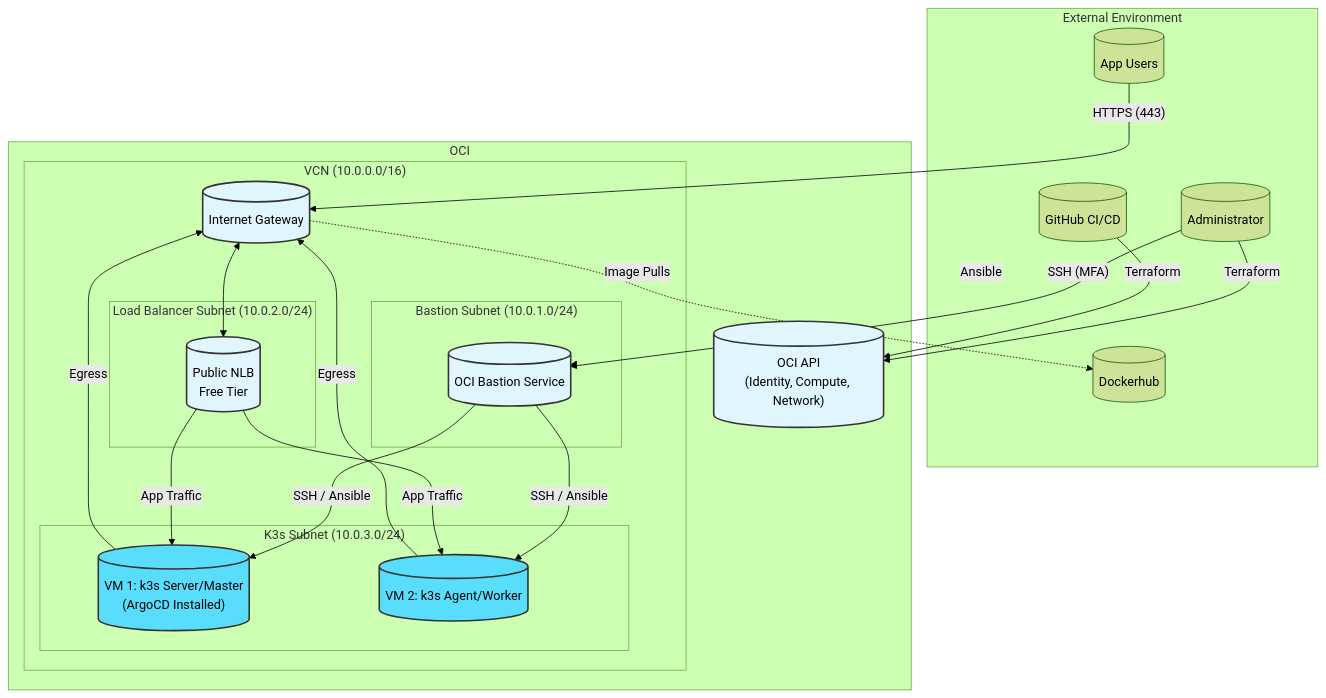
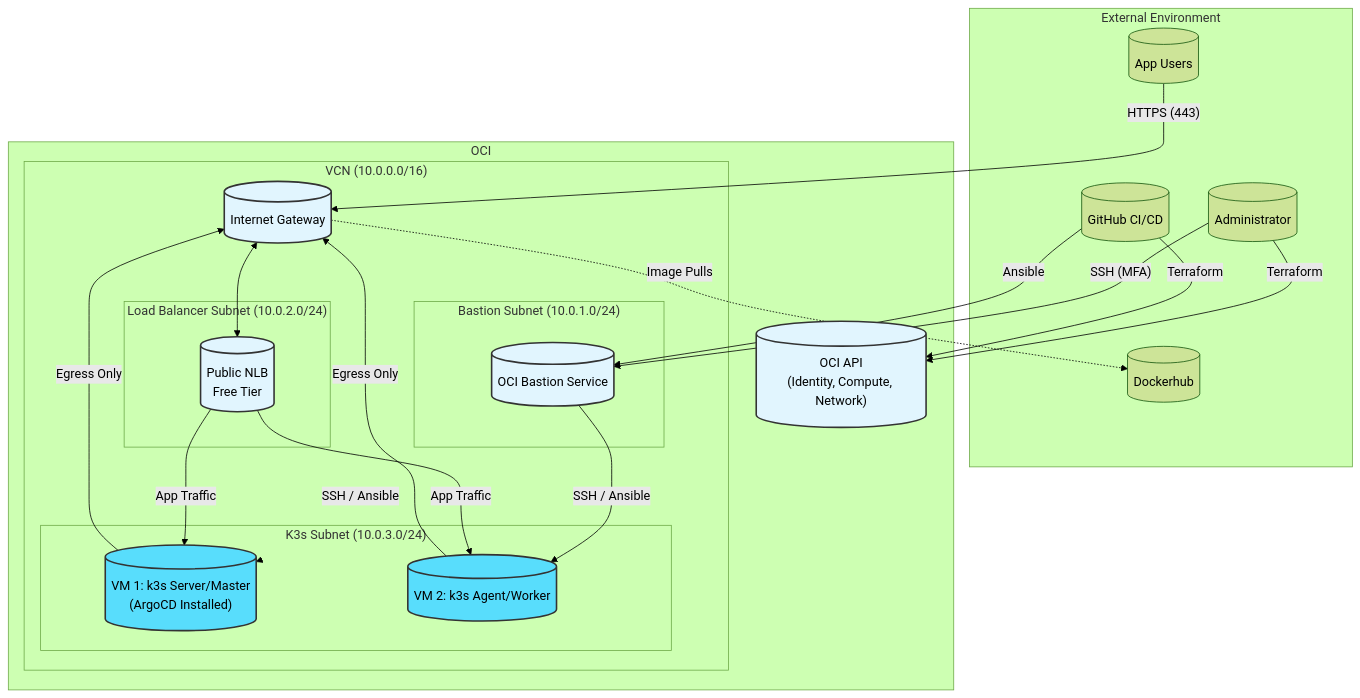
One commit to VilleJuhan1/Fullstack-websovelluskehitys-osa14-projekti changed the diagram in Infrastructure/new_layout.md. Above: the diagram before and after it, drawn with Mermaid (forest theme). The commit also changed 4 other files, not shown here.

Commit message:
refactored countriesApp terraform to match the new architecture plan

````diff
--- a/Infrastructure/new_layout.md
+++ b/Infrastructure/new_layout.md
@@ -1,76 +1,76 @@
 ```mermaid
 %%{init: {
   "flowchart": {
     "ranksep": 80,
     "nodesep": 100,
     "curve": "basis"
   }
 }}%%
 graph TD
     %% 1. External Environment (Top)
     subgraph "External Environment"
         Users[("App Users")]
         CI[("GitHub CI/CD")]
         Admin[("Administrator")]
         Dockerhub[("Dockerhub")]
     end
 
     %% 2. OCI Tenancy Hierarchy
     subgraph "OCI"
         OCI-API[("OCI API<br/>(Identity, Compute, Network)")]
         
         subgraph "VCN (10.0.0.0/16)"
             IGW[("Internet Gateway")]
 
             subgraph "Bastion Subnet (10.0.1.0/24)"
                 Bastion[("OCI Bastion Service")]
             end
 
             subgraph "Load Balancer Subnet (10.0.2.0/24)"
                 LB[("Public NLB<br/>Free Tier")]
             end
 
             subgraph "K3s Subnet (10.0.3.0/24)"
                 MasterVM[("VM 1: k3s Server/Master<br/>(ArgoCD Installed)")]
                 AgentVM1[("VM 2: k3s Agent/Worker")]
             end        
         end
     end
 
     %% 3. Force Vertical Stacking (Invisible Link)
-    Admin ~~~ OCI-API
+    OCI-API
 
     %% 4. Connections (Flowing Downward)
     
     %% Management & Deployment
     Admin -- "Terraform" --> OCI-API
     Admin -- "SSH (MFA)" --> Bastion
     CI -- "Terraform" --> OCI-API
     CI -- "Ansible" --> Bastion
     
     %% Bastion Tunnels
     Bastion -- "SSH / Ansible" --> MasterVM
     Bastion -- "SSH / Ansible" --> AgentVM1
     
     %% Application Traffic
     Users -- "HTTPS (443)" --> IGW
     IGW <--> LB
     LB -- "App Traffic" --> MasterVM
     LB -- "App Traffic" --> AgentVM1
 
     %% Egress & Images
-    MasterVM -- "Egress" --> IGW
-    AgentVM1 -- "Egress" --> IGW
+    MasterVM -- "Egress Only" --> IGW
+    AgentVM1 -- "Egress Only" --> IGW
     IGW -. "Image Pulls" .-> Dockerhub
 
     %% Styling
     classDef public fill:#e1f5fe,stroke:#333,stroke-width:2px,color:#000000;
     classDef private fill:#e8f5e9,stroke:#333,stroke-width:2px,color:#000000;
     classDef vm fill:#58DDFC,stroke:#333,stroke-width:2px,color:#000000;
     
     class LB,Bastion,OCI-API,IGW public;
     class MasterVM,AgentVM1 vm;
     
     %% Hide the layout-enforcement link
     linkStyle 4 stroke-width:0px;
 ```
````
